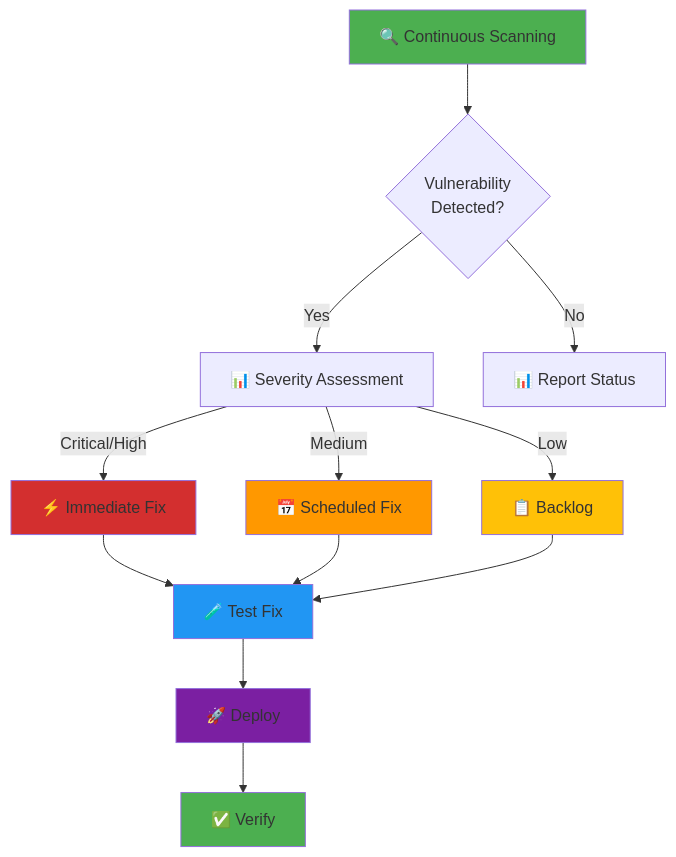
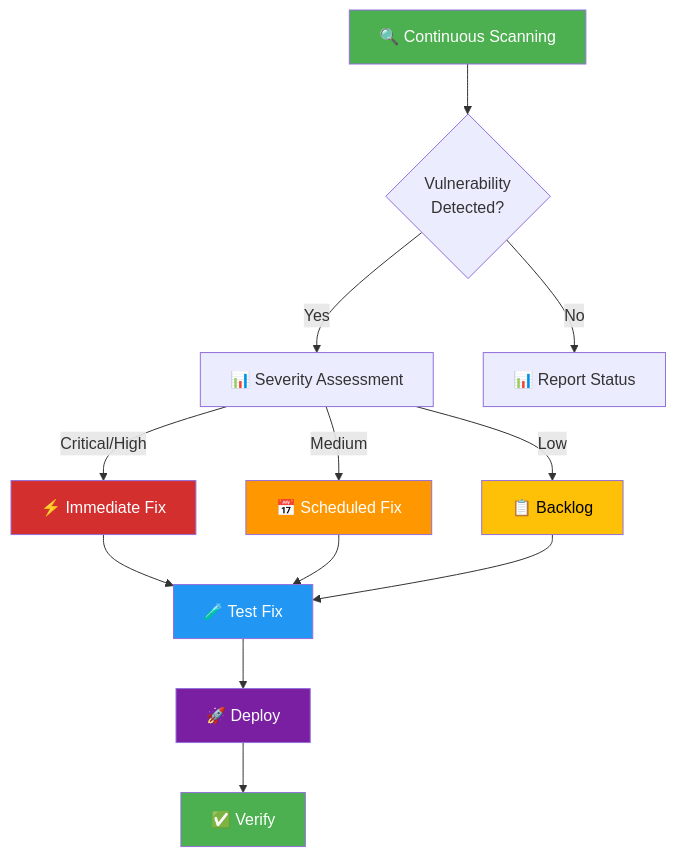
Before and after one commit to Hack23/cia-compliance-manager: the fourth of 9 diagrams in ISMS_IMPLEMENTATION_GUIDE.md, drawn with Mermaid. The commit also changed other lines of this file and 6 other files, not shown here.

````diff
--- a/ISMS_IMPLEMENTATION_GUIDE.md
+++ b/ISMS_IMPLEMENTATION_GUIDE.md
@@ -368,22 +368,22 @@
 ```mermaid
 graph TD
     A[🔍 Continuous Scanning] --> B{Vulnerability<br/>Detected?}
     B -->|Yes| C[📊 Severity Assessment]
     C -->|Critical/High| D[⚡ Immediate Fix]
     C -->|Medium| E[📅 Scheduled Fix]
     C -->|Low| F[📋 Backlog]
     D --> G[🧪 Test Fix]
     E --> G
     F --> G
     G --> H[🚀 Deploy]
     H --> I[✅ Verify]
     B -->|No| J[📊 Report Status]
     
-    style A fill:#4CAF50
-    style D fill:#D32F2F
-    style E fill:#FF9800
-    style F fill:#FFC107
-    style G fill:#2196F3
-    style H fill:#7B1FA2
-    style I fill:#4CAF50
+    style A fill:#4CAF50,color:#ffffff
+    style D fill:#D32F2F,color:#ffffff
+    style E fill:#FF9800,color:#ffffff
+    style F fill:#FFC107,color:#000000
+    style G fill:#2196F3,color:#ffffff
+    style H fill:#7B1FA2,color:#ffffff
+    style I fill:#4CAF50,color:#ffffff
 ```
````
